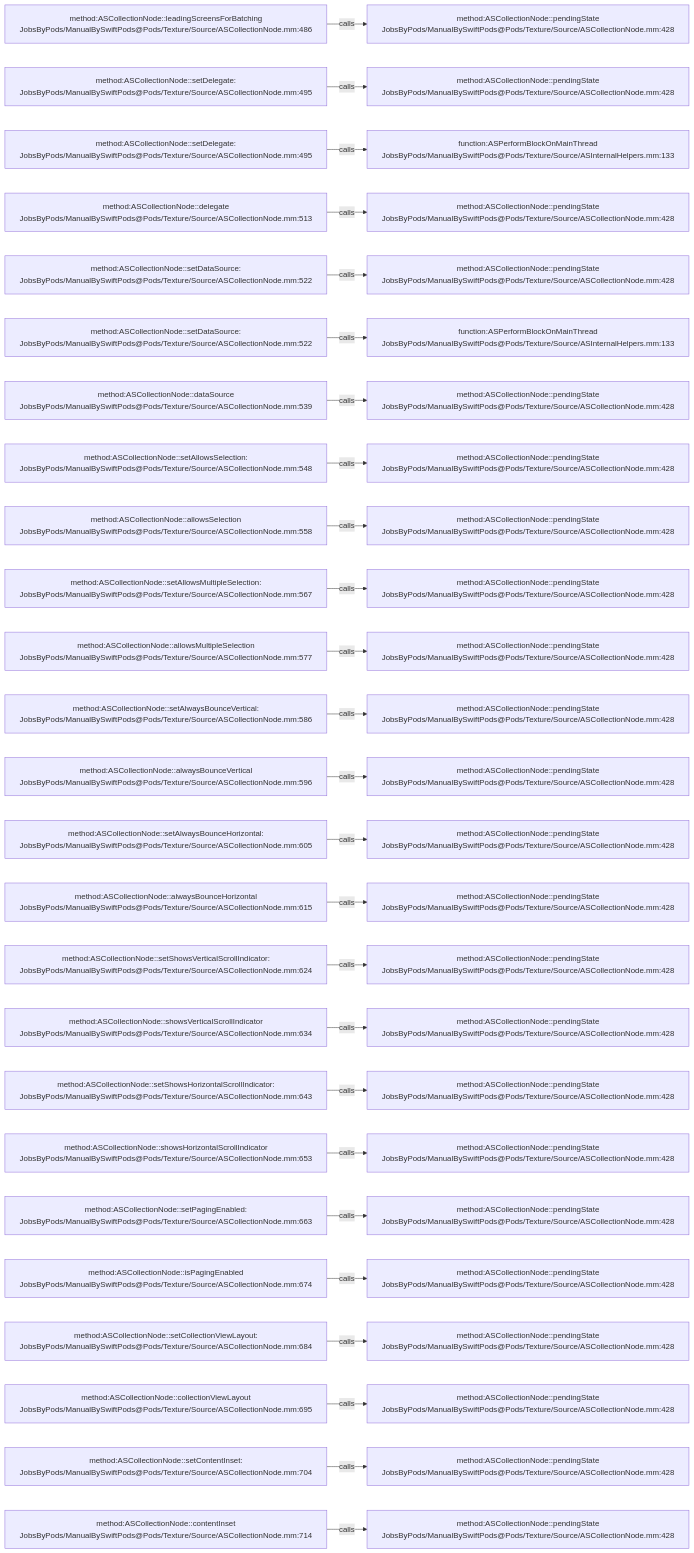
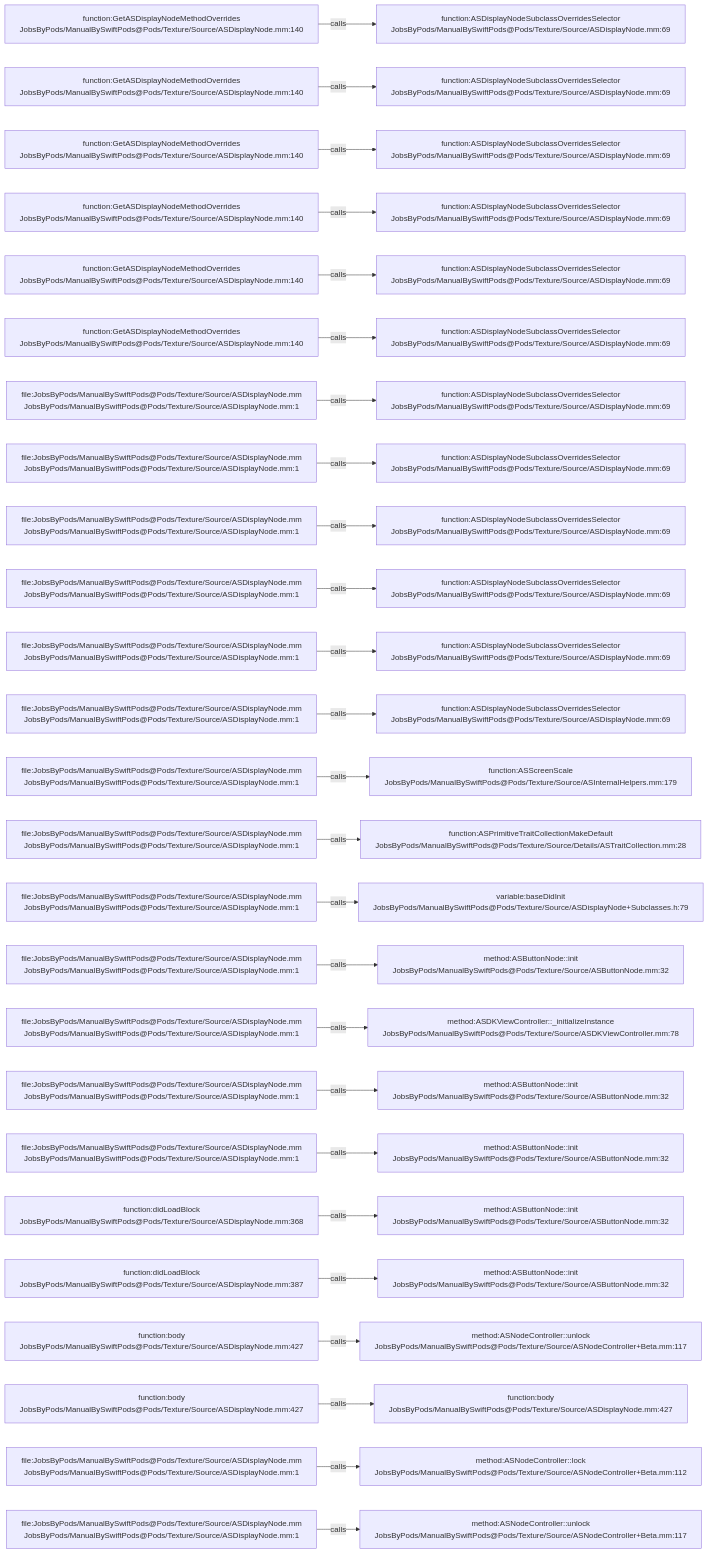
Before and after one commit to JobsKits/JobsSwiftBaseConfigDemo: the diagram in .codegraph/codegraph.md/graphs/calls-027.md, drawn with Mermaid. The commit also changed 832 other files, not shown here.

````diff
--- a/.codegraph/codegraph.md/graphs/calls-027.md
+++ b/.codegraph/codegraph.md/graphs/calls-027.md
@@ -13,78 +13,78 @@
 ```mermaid
 flowchart LR
-  S1["method:ASCollectionNode::leadingScreensForBatching<br/>JobsByPods/ManualBySwiftPods@Pods/Texture/Source/ASCollectionNode.mm:486"]
-  T1["method:ASCollectionNode::pendingState<br/>JobsByPods/ManualBySwiftPods@Pods/Texture/Source/ASCollectionNode.mm:428"]
+  S1["function:GetASDisplayNodeMethodOverrides<br/>JobsByPods/ManualBySwiftPods@Pods/Texture/Source/ASDisplayNode.mm:140"]
+  T1["function:ASDisplayNodeSubclassOverridesSelector<br/>JobsByPods/ManualBySwiftPods@Pods/Texture/Source/ASDisplayNode.mm:69"]
   S1 -->|calls| T1
-  S2["method:ASCollectionNode::setDelegate:<br/>JobsByPods/ManualBySwiftPods@Pods/Texture/Source/ASCollectionNode.mm:495"]
-  T2["method:ASCollectionNode::pendingState<br/>JobsByPods/ManualBySwiftPods@Pods/Texture/Source/ASCollectionNode.mm:428"]
+  S2["function:GetASDisplayNodeMethodOverrides<br/>JobsByPods/ManualBySwiftPods@Pods/Texture/Source/ASDisplayNode.mm:140"]
+  T2["function:ASDisplayNodeSubclassOverridesSelector<br/>JobsByPods/ManualBySwiftPods@Pods/Texture/Source/ASDisplayNode.mm:69"]
   S2 -->|calls| T2
-  S3["method:ASCollectionNode::setDelegate:<br/>JobsByPods/ManualBySwiftPods@Pods/Texture/Source/ASCollectionNode.mm:495"]
-  T3["function:ASPerformBlockOnMainThread<br/>JobsByPods/ManualBySwiftPods@Pods/Texture/Source/ASInternalHelpers.mm:133"]
+  S3["function:GetASDisplayNodeMethodOverrides<br/>JobsByPods/ManualBySwiftPods@Pods/Texture/Source/ASDisplayNode.mm:140"]
+  T3["function:ASDisplayNodeSubclassOverridesSelector<br/>JobsByPods/ManualBySwiftPods@Pods/Texture/Source/ASDisplayNode.mm:69"]
   S3 -->|calls| T3
-  S4["method:ASCollectionNode::delegate<br/>JobsByPods/ManualBySwiftPods@Pods/Texture/Source/ASCollectionNode.mm:513"]
-  T4["method:ASCollectionNode::pendingState<br/>JobsByPods/ManualBySwiftPods@Pods/Texture/Source/ASCollectionNode.mm:428"]
+  S4["function:GetASDisplayNodeMethodOverrides<br/>JobsByPods/ManualBySwiftPods@Pods/Texture/Source/ASDisplayNode.mm:140"]
+  T4["function:ASDisplayNodeSubclassOverridesSelector<br/>JobsByPods/ManualBySwiftPods@Pods/Texture/Source/ASDisplayNode.mm:69"]
   S4 -->|calls| T4
-  S5["method:ASCollectionNode::setDataSource:<br/>JobsByPods/ManualBySwiftPods@Pods/Texture/Source/ASCollectionNode.mm:522"]
-  T5["method:ASCollectionNode::pendingState<br/>JobsByPods/ManualBySwiftPods@Pods/Texture/Source/ASCollectionNode.mm:428"]
+  S5["function:GetASDisplayNodeMethodOverrides<br/>JobsByPods/ManualBySwiftPods@Pods/Texture/Source/ASDisplayNode.mm:140"]
+  T5["function:ASDisplayNodeSubclassOverridesSelector<br/>JobsByPods/ManualBySwiftPods@Pods/Texture/Source/ASDisplayNode.mm:69"]
   S5 -->|calls| T5
-  S6["method:ASCollectionNode::setDataSource:<br/>JobsByPods/ManualBySwiftPods@Pods/Texture/Source/ASCollectionNode.mm:522"]
-  T6["function:ASPerformBlockOnMainThread<br/>JobsByPods/ManualBySwiftPods@Pods/Texture/Source/ASInternalHelpers.mm:133"]
+  S6["function:GetASDisplayNodeMethodOverrides<br/>JobsByPods/ManualBySwiftPods@Pods/Texture/Source/ASDisplayNode.mm:140"]
+  T6["function:ASDisplayNodeSubclassOverridesSelector<br/>JobsByPods/ManualBySwiftPods@Pods/Texture/Source/ASDisplayNode.mm:69"]
   S6 -->|calls| T6
-  S7["method:ASCollectionNode::dataSource<br/>JobsByPods/ManualBySwiftPods@Pods/Texture/Source/ASCollectionNode.mm:539"]
-  T7["method:ASCollectionNode::pendingState<br/>JobsByPods/ManualBySwiftPods@Pods/Texture/Source/ASCollectionNode.mm:428"]
+  S7["file:JobsByPods/ManualBySwiftPods@Pods/Texture/Source/ASDisplayNode.mm<br/>JobsByPods/ManualBySwiftPods@Pods/Texture/Source/ASDisplayNode.mm:1"]
+  T7["function:ASDisplayNodeSubclassOverridesSelector<br/>JobsByPods/ManualBySwiftPods@Pods/Texture/Source/ASDisplayNode.mm:69"]
   S7 -->|calls| T7
-  S8["method:ASCollectionNode::setAllowsSelection:<br/>JobsByPods/ManualBySwiftPods@Pods/Texture/Source/ASCollectionNode.mm:548"]
-  T8["method:ASCollectionNode::pendingState<br/>JobsByPods/ManualBySwiftPods@Pods/Texture/Source/ASCollectionNode.mm:428"]
+  S8["file:JobsByPods/ManualBySwiftPods@Pods/Texture/Source/ASDisplayNode.mm<br/>JobsByPods/ManualBySwiftPods@Pods/Texture/Source/ASDisplayNode.mm:1"]
+  T8["function:ASDisplayNodeSubclassOverridesSelector<br/>JobsByPods/ManualBySwiftPods@Pods/Texture/Source/ASDisplayNode.mm:69"]
   S8 -->|calls| T8
-  S9["method:ASCollectionNode::allowsSelection<br/>JobsByPods/ManualBySwiftPods@Pods/Texture/Source/ASCollectionNode.mm:558"]
-  T9["method:ASCollectionNode::pendingState<br/>JobsByPods/ManualBySwiftPods@Pods/Texture/Source/ASCollectionNode.mm:428"]
+  S9["file:JobsByPods/ManualBySwiftPods@Pods/Texture/Source/ASDisplayNode.mm<br/>JobsByPods/ManualBySwiftPods@Pods/Texture/Source/ASDisplayNode.mm:1"]
+  T9["function:ASDisplayNodeSubclassOverridesSelector<br/>JobsByPods/ManualBySwiftPods@Pods/Texture/Source/ASDisplayNode.mm:69"]
   S9 -->|calls| T9
-  S10["method:ASCollectionNode::setAllowsMultipleSelection:<br/>JobsByPods/ManualBySwiftPods@Pods/Texture/Source/ASCollectionNode.mm:567"]
-  T10["method:ASCollectionNode::pendingState<br/>JobsByPods/ManualBySwiftPods@Pods/Texture/Source/ASCollectionNode.mm:428"]
+  S10["file:JobsByPods/ManualBySwiftPods@Pods/Texture/Source/ASDisplayNode.mm<br/>JobsByPods/ManualBySwiftPods@Pods/Texture/Source/ASDisplayNode.mm:1"]
+  T10["function:ASDisplayNodeSubclassOverridesSelector<br/>JobsByPods/ManualBySwiftPods@Pods/Texture/Source/ASDisplayNode.mm:69"]
   S10 -->|calls| T10
-  S11["method:ASCollectionNode::allowsMultipleSelection<br/>JobsByPods/ManualBySwiftPods@Pods/Texture/Source/ASCollectionNode.mm:577"]
-  T11["method:ASCollectionNode::pendingState<br/>JobsByPods/ManualBySwiftPods@Pods/Texture/Source/ASCollectionNode.mm:428"]
+  S11["file:JobsByPods/ManualBySwiftPods@Pods/Texture/Source/ASDisplayNode.mm<br/>JobsByPods/ManualBySwiftPods@Pods/Texture/Source/ASDisplayNode.mm:1"]
+  T11["function:ASDisplayNodeSubclassOverridesSelector<br/>JobsByPods/ManualBySwiftPods@Pods/Texture/Source/ASDisplayNode.mm:69"]
   S11 -->|calls| T11
-  S12["method:ASCollectionNode::setAlwaysBounceVertical:<br/>JobsByPods/ManualBySwiftPods@Pods/Texture/Source/ASCollectionNode.mm:586"]
-  T12["method:ASCollectionNode::pendingState<br/>JobsByPods/ManualBySwiftPods@Pods/Texture/Source/ASCollectionNode.mm:428"]
+  S12["file:JobsByPods/ManualBySwiftPods@Pods/Texture/Source/ASDisplayNode.mm<br/>JobsByPods/ManualBySwiftPods@Pods/Texture/Source/ASDisplayNode.mm:1"]
+  T12["function:ASDisplayNodeSubclassOverridesSelector<br/>JobsByPods/ManualBySwiftPods@Pods/Texture/Source/ASDisplayNode.mm:69"]
   S12 -->|calls| T12
-  S13["method:ASCollectionNode::alwaysBounceVertical<br/>JobsByPods/ManualBySwiftPods@Pods/Texture/Source/ASCollectionNode.mm:596"]
-  T13["method:ASCollectionNode::pendingState<br/>JobsByPods/ManualBySwiftPods@Pods/Texture/Source/ASCollectionNode.mm:428"]
+  S13["file:JobsByPods/ManualBySwiftPods@Pods/Texture/Source/ASDisplayNode.mm<br/>JobsByPods/ManualBySwiftPods@Pods/Texture/Source/ASDisplayNode.mm:1"]
+  T13["function:ASScreenScale<br/>JobsByPods/ManualBySwiftPods@Pods/Texture/Source/ASInternalHelpers.mm:179"]
   S13 -->|calls| T13
-  S14["method:ASCollectionNode::setAlwaysBounceHorizontal:<br/>JobsByPods/ManualBySwiftPods@Pods/Texture/Source/ASCollectionNode.mm:605"]
-  T14["method:ASCollectionNode::pendingState<br/>JobsByPods/ManualBySwiftPods@Pods/Texture/Source/ASCollectionNode.mm:428"]
+  S14["file:JobsByPods/ManualBySwiftPods@Pods/Texture/Source/ASDisplayNode.mm<br/>JobsByPods/ManualBySwiftPods@Pods/Texture/Source/ASDisplayNode.mm:1"]
+  T14["function:ASPrimitiveTraitCollectionMakeDefault<br/>JobsByPods/ManualBySwiftPods@Pods/Texture/Source/Details/ASTraitCollection.mm:28"]
   S14 -->|calls| T14
-  S15["method:ASCollectionNode::alwaysBounceHorizontal<br/>JobsByPods/ManualBySwiftPods@Pods/Texture/Source/ASCollectionNode.mm:615"]
-  T15["method:ASCollectionNode::pendingState<br/>JobsByPods/ManualBySwiftPods@Pods/Texture/Source/ASCollectionNode.mm:428"]
+  S15["file:JobsByPods/ManualBySwiftPods@Pods/Texture/Source/ASDisplayNode.mm<br/>JobsByPods/ManualBySwiftPods@Pods/Texture/Source/ASDisplayNode.mm:1"]
+  T15["variable:baseDidInit<br/>JobsByPods/ManualBySwiftPods@Pods/Texture/Source/ASDisplayNode+Subclasses.h:79"]
   S15 -->|calls| T15
-  S16["method:ASCollectionNode::setShowsVerticalScrollIndicator:<br/>JobsByPods/ManualBySwiftPods@Pods/Texture/Source/ASCollectionNode.mm:624"]
-  T16["method:ASCollectionNode::pendingState<br/>JobsByPods/ManualBySwiftPods@Pods/Texture/Source/ASCollectionNode.mm:428"]
+  S16["file:JobsByPods/ManualBySwiftPods@Pods/Texture/Source/ASDisplayNode.mm<br/>JobsByPods/ManualBySwiftPods@Pods/Texture/Source/ASDisplayNode.mm:1"]
+  T16["method:ASButtonNode::init<br/>JobsByPods/ManualBySwiftPods@Pods/Texture/Source/ASButtonNode.mm:32"]
   S16 -->|calls| T16
-  S17["method:ASCollectionNode::showsVerticalScrollIndicator<br/>JobsByPods/ManualBySwiftPods@Pods/Texture/Source/ASCollectionNode.mm:634"]
-  T17["method:ASCollectionNode::pendingState<br/>JobsByPods/ManualBySwiftPods@Pods/Texture/Source/ASCollectionNode.mm:428"]
+  S17["file:JobsByPods/ManualBySwiftPods@Pods/Texture/Source/ASDisplayNode.mm<br/>JobsByPods/ManualBySwiftPods@Pods/Texture/Source/ASDisplayNode.mm:1"]
+  T17["method:ASDKViewController::_initializeInstance<br/>JobsByPods/ManualBySwiftPods@Pods/Texture/Source/ASDKViewController.mm:78"]
   S17 -->|calls| T17
-  S18["method:ASCollectionNode::setShowsHorizontalScrollIndicator:<br/>JobsByPods/ManualBySwiftPods@Pods/Texture/Source/ASCollectionNode.mm:643"]
-  T18["method:ASCollectionNode::pendingState<br/>JobsByPods/ManualBySwiftPods@Pods/Texture/Source/ASCollectionNode.mm:428"]
+  S18["file:JobsByPods/ManualBySwiftPods@Pods/Texture/Source/ASDisplayNode.mm<br/>JobsByPods/ManualBySwiftPods@Pods/Texture/Source/ASDisplayNode.mm:1"]
+  T18["method:ASButtonNode::init<br/>JobsByPods/ManualBySwiftPods@Pods/Texture/Source/ASButtonNode.mm:32"]
   S18 -->|calls| T18
-  S19["method:ASCollectionNode::showsHorizontalScrollIndicator<br/>JobsByPods/ManualBySwiftPods@Pods/Texture/Source/ASCollectionNode.mm:653"]
-  T19["method:ASCollectionNode::pendingState<br/>JobsByPods/ManualBySwiftPods@Pods/Texture/Source/ASCollectionNode.mm:428"]
+  S19["file:JobsByPods/ManualBySwiftPods@Pods/Texture/Source/ASDisplayNode.mm<br/>JobsByPods/ManualBySwiftPods@Pods/Texture/Source/ASDisplayNode.mm:1"]
+  T19["method:ASButtonNode::init<br/>JobsByPods/ManualBySwiftPods@Pods/Texture/Source/ASButtonNode.mm:32"]
   S19 -->|calls| T19
-  S20["method:ASCollectionNode::setPagingEnabled:<br/>JobsByPods/ManualBySwiftPods@Pods/Texture/Source/ASCollectionNode.mm:663"]
-  T20["method:ASCollectionNode::pendingState<br/>JobsByPods/ManualBySwiftPods@Pods/Texture/Source/ASCollectionNode.mm:428"]
+  S20["function:didLoadBlock<br/>JobsByPods/ManualBySwiftPods@Pods/Texture/Source/ASDisplayNode.mm:368"]
+  T20["method:ASButtonNode::init<br/>JobsByPods/ManualBySwiftPods@Pods/Texture/Source/ASButtonNode.mm:32"]
   S20 -->|calls| T20
-  S21["method:ASCollectionNode::isPagingEnabled<br/>JobsByPods/ManualBySwiftPods@Pods/Texture/Source/ASCollectionNode.mm:674"]
-  T21["method:ASCollectionNode::pendingState<br/>JobsByPods/ManualBySwiftPods@Pods/Texture/Source/ASCollectionNode.mm:428"]
+  S21["function:didLoadBlock<br/>JobsByPods/ManualBySwiftPods@Pods/Texture/Source/ASDisplayNode.mm:387"]
+  T21["method:ASButtonNode::init<br/>JobsByPods/ManualBySwiftPods@Pods/Texture/Source/ASButtonNode.mm:32"]
   S21 -->|calls| T21
-  S22["method:ASCollectionNode::setCollectionViewLayout:<br/>JobsByPods/ManualBySwiftPods@Pods/Texture/Source/ASCollectionNode.mm:684"]
-  T22["method:ASCollectionNode::pendingState<br/>JobsByPods/ManualBySwiftPods@Pods/Texture/Source/ASCollectionNode.mm:428"]
+  S22["function:body<br/>JobsByPods/ManualBySwiftPods@Pods/Texture/Source/ASDisplayNode.mm:427"]
+  T22["method:ASNodeController::unlock<br/>JobsByPods/ManualBySwiftPods@Pods/Texture/Source/ASNodeController+Beta.mm:117"]
   S22 -->|calls| T22
-  S23["method:ASCollectionNode::collectionViewLayout<br/>JobsByPods/ManualBySwiftPods@Pods/Texture/Source/ASCollectionNode.mm:695"]
-  T23["method:ASCollectionNode::pendingState<br/>JobsByPods/ManualBySwiftPods@Pods/Texture/Source/ASCollectionNode.mm:428"]
+  S23["function:body<br/>JobsByPods/ManualBySwiftPods@Pods/Texture/Source/ASDisplayNode.mm:427"]
+  T23["function:body<br/>JobsByPods/ManualBySwiftPods@Pods/Texture/Source/ASDisplayNode.mm:427"]
   S23 -->|calls| T23
-  S24["method:ASCollectionNode::setContentInset:<br/>JobsByPods/ManualBySwiftPods@Pods/Texture/Source/ASCollectionNode.mm:704"]
-  T24["method:ASCollectionNode::pendingState<br/>JobsByPods/ManualBySwiftPods@Pods/Texture/Source/ASCollectionNode.mm:428"]
+  S24["file:JobsByPods/ManualBySwiftPods@Pods/Texture/Source/ASDisplayNode.mm<br/>JobsByPods/ManualBySwiftPods@Pods/Texture/Source/ASDisplayNode.mm:1"]
+  T24["method:ASNodeController::lock<br/>JobsByPods/ManualBySwiftPods@Pods/Texture/Source/ASNodeController+Beta.mm:112"]
   S24 -->|calls| T24
-  S25["method:ASCollectionNode::contentInset<br/>JobsByPods/ManualBySwiftPods@Pods/Texture/Source/ASCollectionNode.mm:714"]
-  T25["method:ASCollectionNode::pendingState<br/>JobsByPods/ManualBySwiftPods@Pods/Texture/Source/ASCollectionNode.mm:428"]
+  S25["file:JobsByPods/ManualBySwiftPods@Pods/Texture/Source/ASDisplayNode.mm<br/>JobsByPods/ManualBySwiftPods@Pods/Texture/Source/ASDisplayNode.mm:1"]
+  T25["method:ASNodeController::unlock<br/>JobsByPods/ManualBySwiftPods@Pods/Texture/Source/ASNodeController+Beta.mm:117"]
   S25 -->|calls| T25
 ```
````
